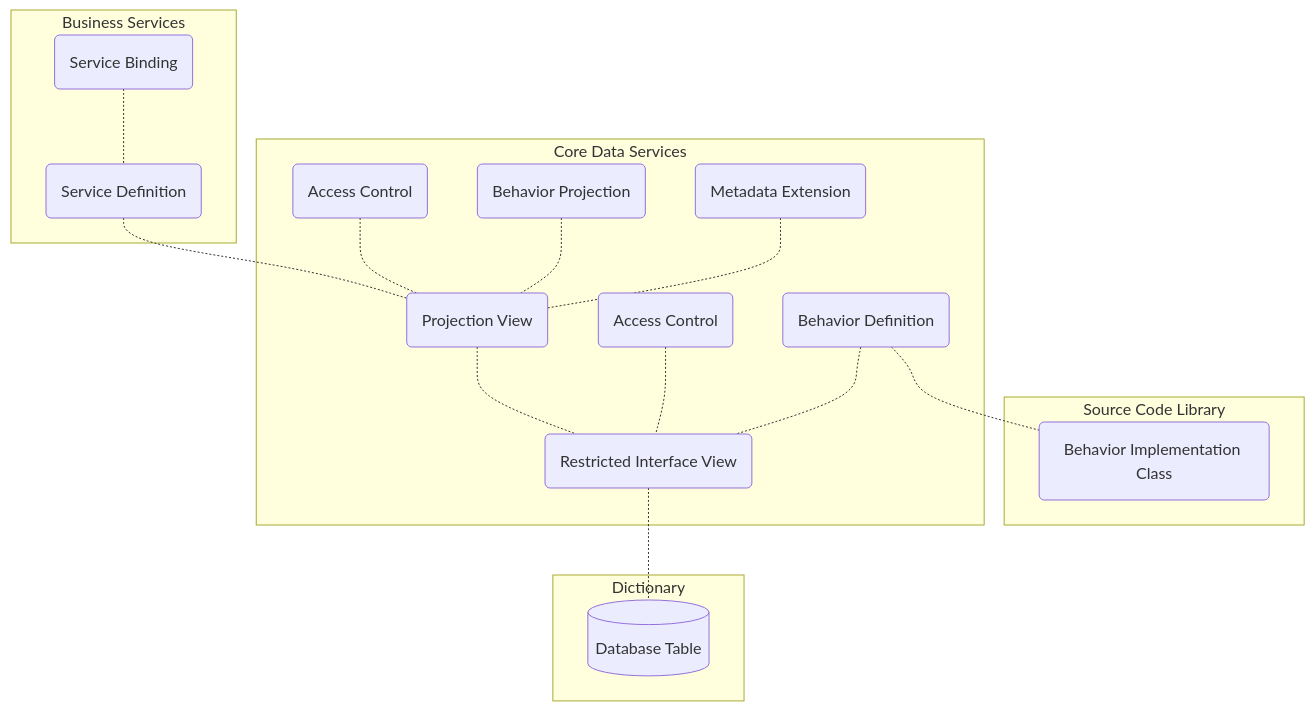
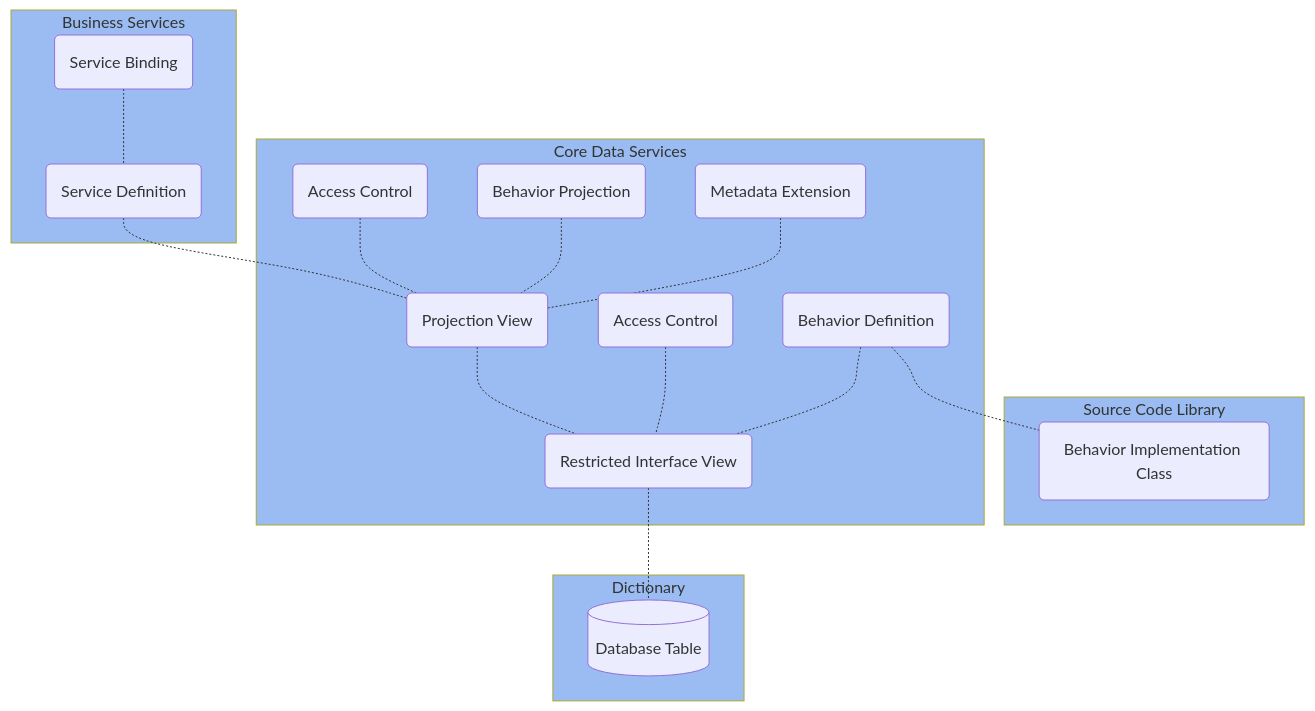
Before and after one commit to appenmaier/s4hana: the second of 2 diagrams in docs/documentation/rap.md, drawn with Mermaid. The commit also changed other lines of this file and 15 other files, not shown here.

Commit message:
update cookbook and mermaid

````diff
--- a/docs/documentation/rap.md
+++ b/docs/documentation/rap.md
@@ -74,36 +78,41 @@
 ```mermaid
 flowchart
     serviceBinding -.- serviceDefinition
     serviceDefinition -.- projectionView
     projectionView -.- restrictedInterfaceView
     restrictedInterfaceView -.- databaseTable
     accessControl2 -.- projectionView
     accessControl1 -.- restrictedInterfaceView
     behaviorProjection -.- projectionView
     behaviorDefinition -.- restrictedInterfaceView
     behaviorDefinition -.- behaviorImplementationClass
     metadataExtension -.- projectionView
 
-    subgraph Business Services
+    subgraph Business&#160Services
         serviceBinding(Service Binding)
         serviceDefinition(Service Definition)
     end
 
-    subgraph Source Code Library
+    subgraph Source&#160Code&#160Library
         behaviorImplementationClass(Behavior Implementation Class)
     end
 
-    subgraph Core Data Services
+    subgraph Core&#160Data&#160Services
         behaviorDefinition(Behavior Definition)
         behaviorProjection(Behavior Projection)
         accessControl1(Access Control)
         accessControl2(Access Control)
         metadataExtension(Metadata Extension)
         projectionView(Projection View)
         restrictedInterfaceView(Restricted Interface View)
     end
 
     subgraph Dictionary
         databaseTable[(Database Table)]
     end
+
+    style Business&#160Services fill:#9abcf2
+    style Source&#160Code&#160Library fill:#9abcf2
+    style Core&#160Data&#160Services fill:#9abcf2
+    style Dictionary fill:#9abcf2
 ```
````
